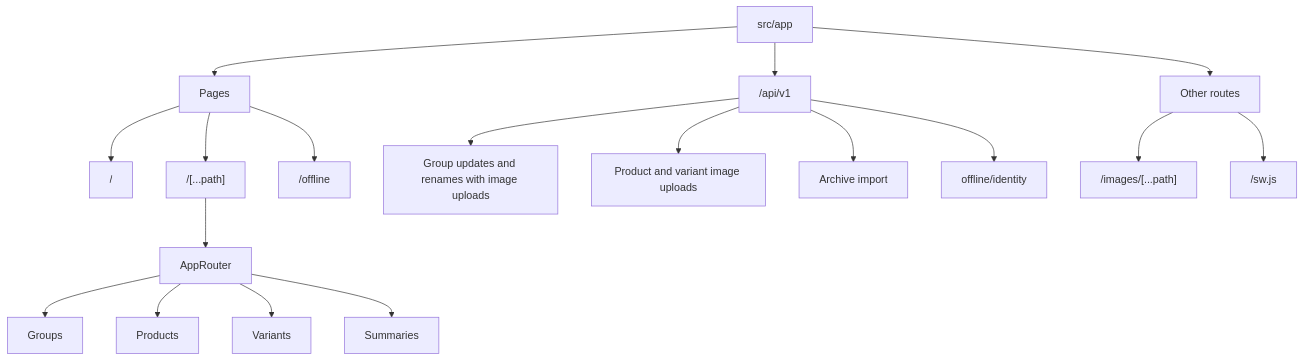
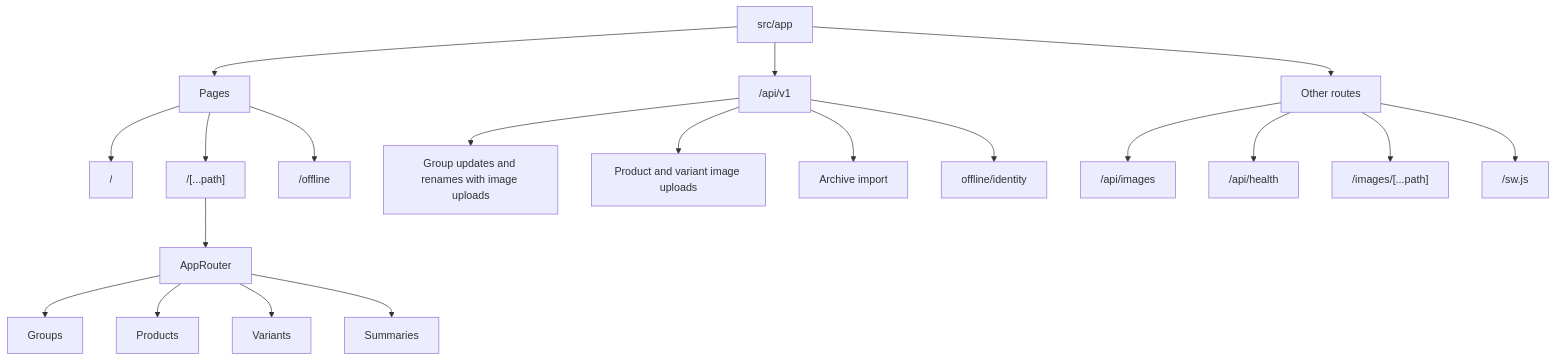
One commit to danikas2k2/rusys changed the third of 3 diagrams in docs/ARCHITECTURE.md. Above: the diagram before and after it, drawn with Mermaid. The commit also changed other lines of this file and 16 other files, not shown here.

````diff
--- a/docs/ARCHITECTURE.md
+++ b/docs/ARCHITECTURE.md
@@ -102,20 +94,22 @@
 ```mermaid
 flowchart TB
     Root["src/app"] --> Pages[Pages]
     Root --> API["/api/v1"]
     Root --> Other[Other routes]
     Pages --> Home["/"]
     Pages --> CatchAll["/[...path]"]
     Pages --> Offline["/offline"]
     CatchAll --> Router[AppRouter]
     Router --> Groups[Groups]
     Router --> Products[Products]
     Router --> Variants[Variants]
     Router --> Summary[Summaries]
     API --> GroupUploads[Group updates and renames with image uploads]
     API --> ProductUploads[Product and variant image uploads]
     API --> Archives[Archive import]
     API --> Identity["offline/identity"]
+    Other --> StagedImages["/api/images"]
+    Other --> Health["/api/health"]
     Other --> ImageRoute["/images/[...path]"]
     Other --> Worker["/sw.js"]
 ```
````
